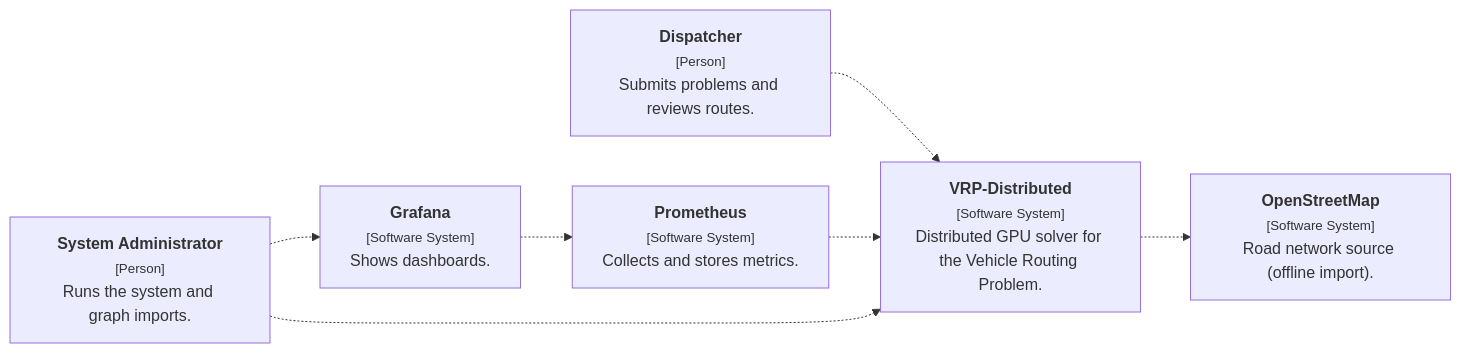
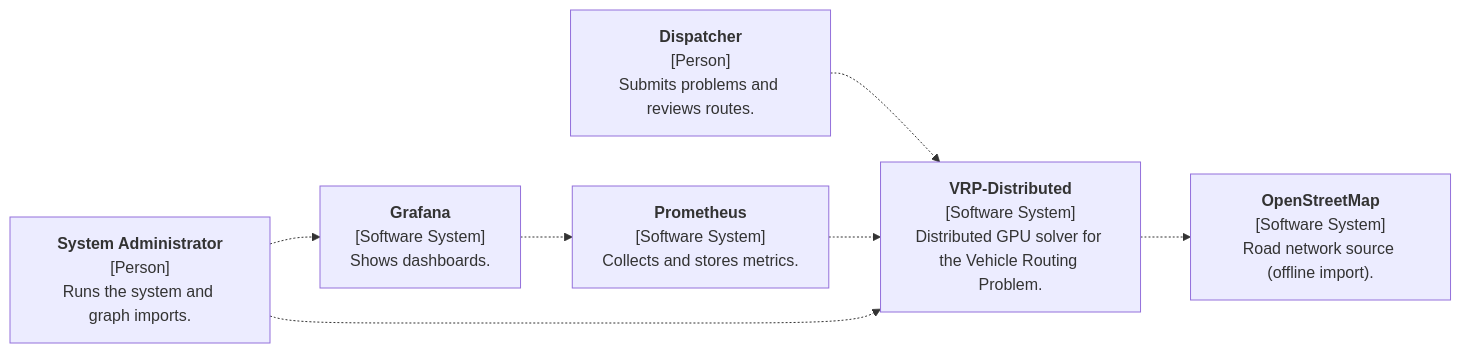
One commit to PogSmok/vrp-distributed changed the first of 5 diagrams in docs/architecture/README.md. Above: the diagram before and after it, drawn with Mermaid. The commit also changed other lines of this file and 25 other files, not shown here.

Commit message:
feat: release workflow, 15 MB live road plans, and diagram fixes

````diff
--- a/docs/architecture/README.md
+++ b/docs/architecture/README.md
@@ -7,18 +7,18 @@
 ```mermaid
 graph LR
 
-    1["<b>Dispatcher</b><br/><small>[Person]</small><br/>Submits problems and reviews routes."]
-    2["<b>System Administrator</b><br/><small>[Person]</small><br/>Runs the system and graph imports."]
-    3["<b>VRP-Distributed</b><br/><small>[Software System]</small><br/>Distributed GPU solver for the Vehicle Routing Problem."]
-    30["<b>OpenStreetMap</b><br/><small>[Software System]</small><br/>Road network source (offline import)."]
-    31["<b>Prometheus</b><br/><small>[Software System]</small><br/>Collects and stores metrics."]
-    32["<b>Grafana</b><br/><small>[Software System]</small><br/>Shows dashboards."]
+    1["<b>Dispatcher</b><br/>[Person]<br/>Submits problems and reviews routes."]
+    2["<b>System Administrator</b><br/>[Person]<br/>Runs the system and graph imports."]
+    3["<b>VRP-Distributed</b><br/>[Software System]<br/>Distributed GPU solver for the Vehicle Routing Problem."]
+    30["<b>OpenStreetMap</b><br/>[Software System]<br/>Road network source (offline import)."]
+    31["<b>Prometheus</b><br/>[Software System]<br/>Collects and stores metrics."]
+    32["<b>Grafana</b><br/>[Software System]<br/>Shows dashboards."]
 
     1-.->3
     3-.->30
     31-.->3
     32-.->31
     2-.->32
     2-.->3
 
 ```
````
